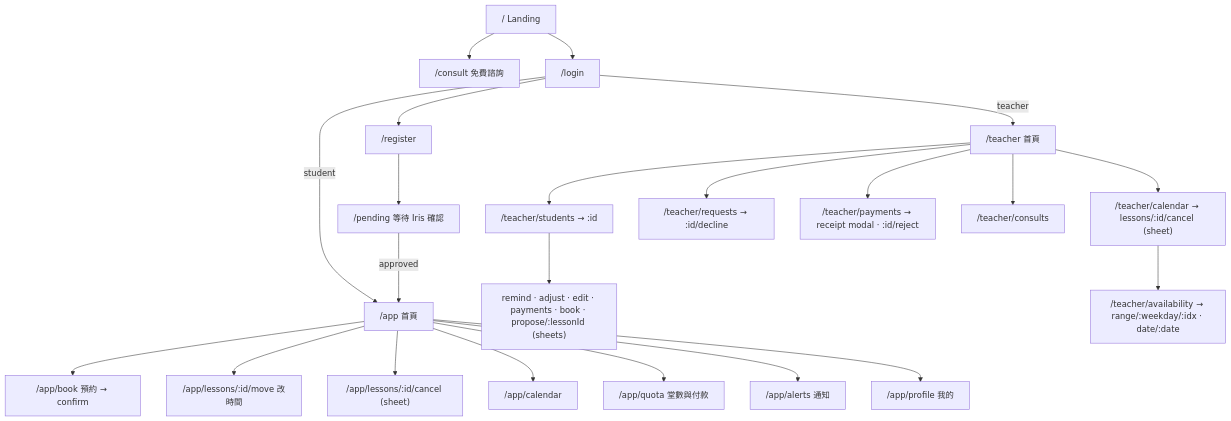
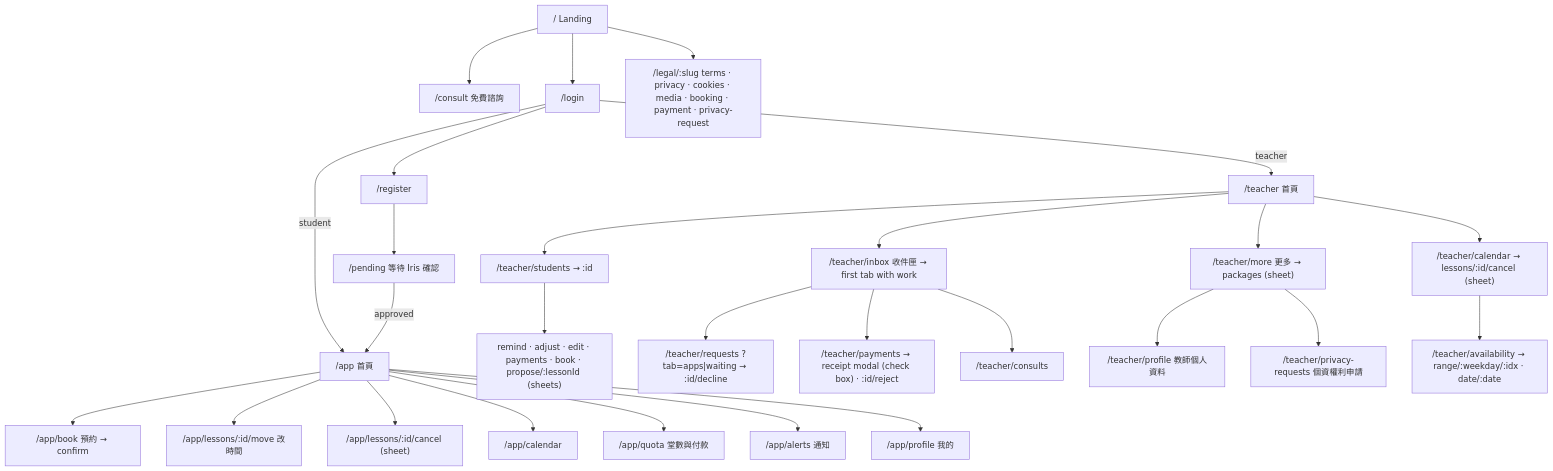
One commit to ChandraJonathanZheng/Iris-Studio changed the second of 12 diagrams in docs/FLOW.md. Above: the diagram before and after it, drawn with Mermaid. The commit also changed other lines of this file and 5 other files, not shown here.

First line of the commit message:
Docs: v2.2 — teacher workspace, consents, legal draft (LEGAL.md)

````diff
--- a/docs/FLOW.md
+++ b/docs/FLOW.md
@@ -44,25 +44,30 @@
 ```mermaid
 flowchart TD
   L["/ Landing"] --> C["/consult 免費諮詢"]
   L --> LG["/login"]
   LG --> R["/register"] --> P["/pending 等待 Iris 確認"]
   LG -->|student| S["/app 首頁"]
   LG -->|teacher| T["/teacher 首頁"]
   P -->|approved| S
 
   S --> SB["/app/book 預約 → confirm"]
   S --> SM["/app/lessons/:id/move 改時間"]
   S --> SC["/app/lessons/:id/cancel (sheet)"]
   S --> SCal["/app/calendar"]
   S --> SQ["/app/quota 堂數與付款"]
   S --> SA["/app/alerts 通知"]
   S --> SP["/app/profile 我的"]
 
   T --> TC["/teacher/calendar → lessons/:id/cancel (sheet)"]
   T --> TS["/teacher/students → :id"]
   TS --> TSS["remind · adjust · edit · payments · book · propose/:lessonId (sheets)"]
-  T --> TR["/teacher/requests → :id/decline"]
-  T --> TP["/teacher/payments → receipt modal · :id/reject"]
-  T --> TCo["/teacher/consults"]
+  T --> TI["/teacher/inbox 收件匣 → first tab with work"]
+  TI --> TR["/teacher/requests ?tab=apps|waiting → :id/decline"]
+  TI --> TP["/teacher/payments → receipt modal (check box) · :id/reject"]
+  TI --> TCo["/teacher/consults"]
+  T --> TM["/teacher/more 更多 → packages (sheet)"]
+  TM --> TPr["/teacher/profile 教師個人資料"]
+  TM --> TPv["/teacher/privacy-requests 個資權利申請"]
+  L --> LG2["/legal/:slug terms · privacy · cookies · media · booking · payment · privacy-request"]
   TC --> TAv["/teacher/availability → range/:weekday/:idx · date/:date"]
 ```
````
